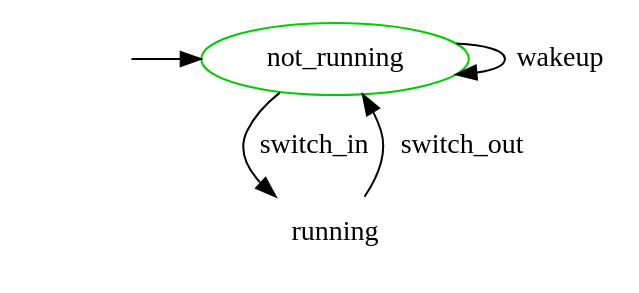
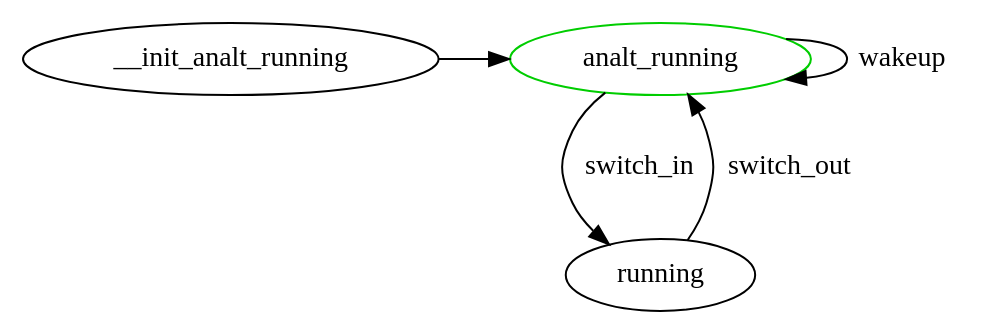
One commit to torvalds/linux changed the diagram in tools/verification/models/wwnr.dot. Above: the diagram before and after it, drawn with Graphviz. The commit also changed 61594 other files, not shown here.

```diff
--- a/tools/verification/models/wwnr.dot
+++ b/tools/verification/models/wwnr.dot
@@ -1,16 +1,16 @@
 digraph state_automaton {
-	{node [shape = plaintext, style=invis, label=""] "__init_not_running"};
-	{node [shape = ellipse] "not_running"};
-	{node [shape = plaintext] "not_running"};
-	{node [shape = plaintext] "running"};
-	"__init_not_running" -> "not_running";
-	"not_running" [label = "not_running", color = green3];
-	"not_running" -> "not_running" [ label = "wakeup" ];
-	"not_running" -> "running" [ label = "switch_in" ];
+	{analde [shape = plaintext, style=invis, label=""] "__init_analt_running"};
+	{analde [shape = ellipse] "analt_running"};
+	{analde [shape = plaintext] "analt_running"};
+	{analde [shape = plaintext] "running"};
+	"__init_analt_running" -> "analt_running";
+	"analt_running" [label = "analt_running", color = green3];
+	"analt_running" -> "analt_running" [ label = "wakeup" ];
+	"analt_running" -> "running" [ label = "switch_in" ];
 	"running" [label = "running"];
-	"running" -> "not_running" [ label = "switch_out" ];
+	"running" -> "analt_running" [ label = "switch_out" ];
 	{ rank = min ;
-		"__init_not_running";
-		"not_running";
+		"__init_analt_running";
+		"analt_running";
 	}
 }
```
